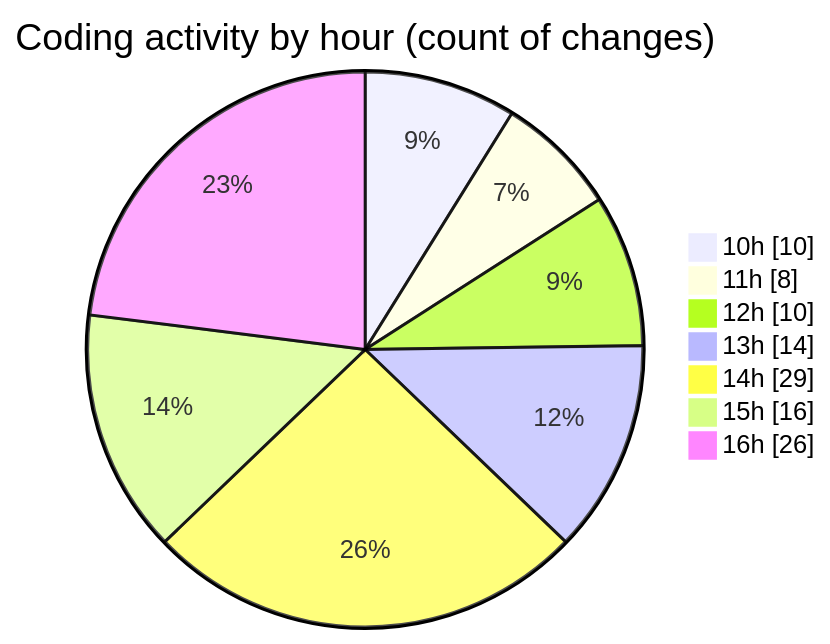
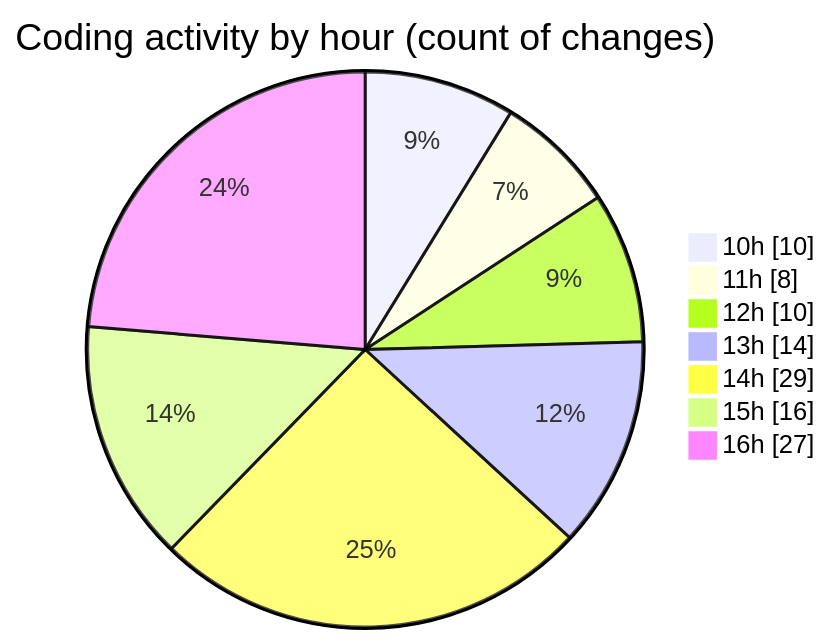
One commit to nxtqubesakshisongat/code-tracking changed the second of 2 diagrams in 2025-07-29/nxtqube_webapp/README.md. Above: the diagram before and after it, drawn with Mermaid. The commit also changed other lines of this file and 1 other file, not shown here.

````diff
--- a/2025-07-29/nxtqube_webapp/README.md
+++ b/2025-07-29/nxtqube_webapp/README.md
@@ -40,11 +40,11 @@
 ```mermaid
 pie showData
 title Coding activity by hour (count of changes)
 "10h" : 10
 "11h" : 8
 "12h" : 10
 "13h" : 14
 "14h" : 29
 "15h" : 16
-"16h" : 26
+"16h" : 27
 ```
````
